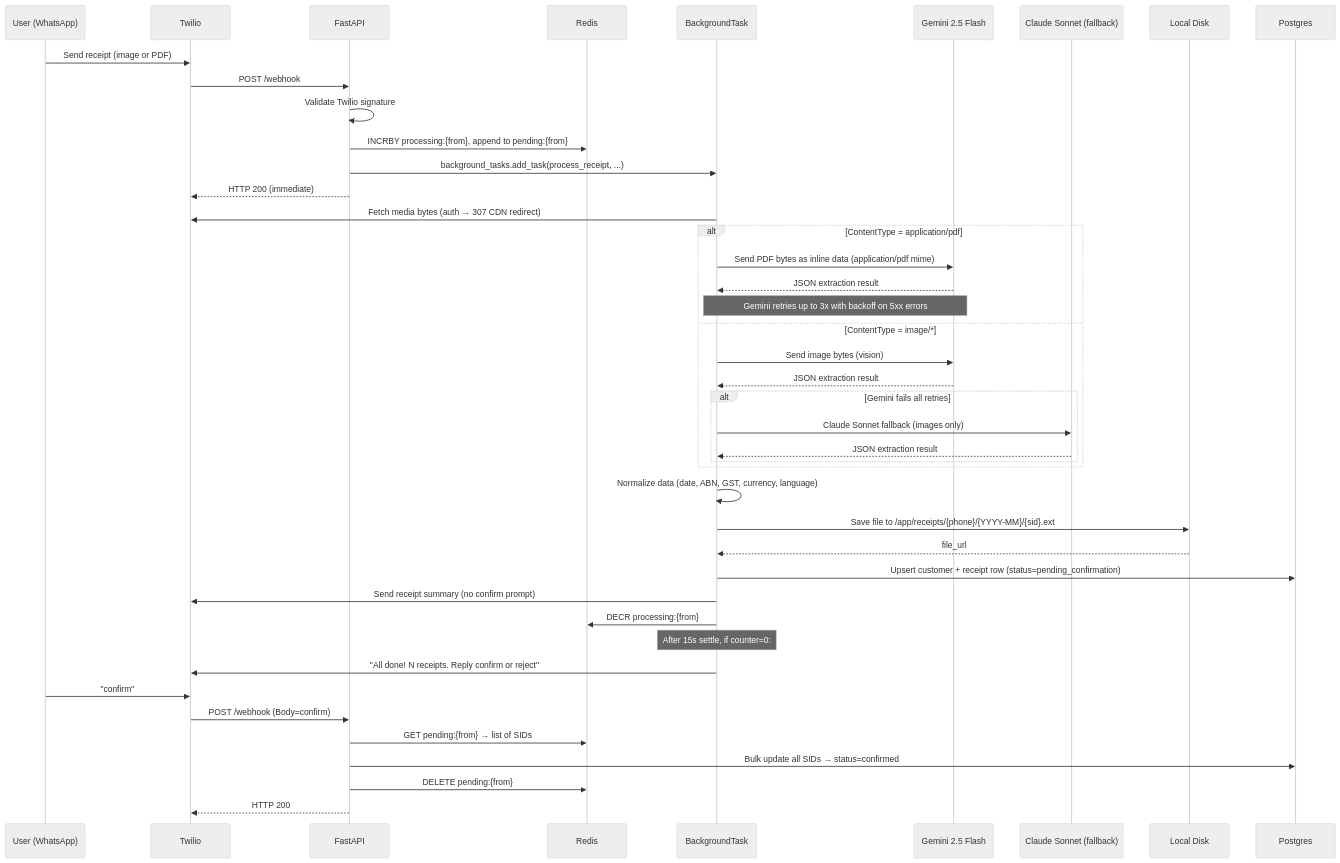
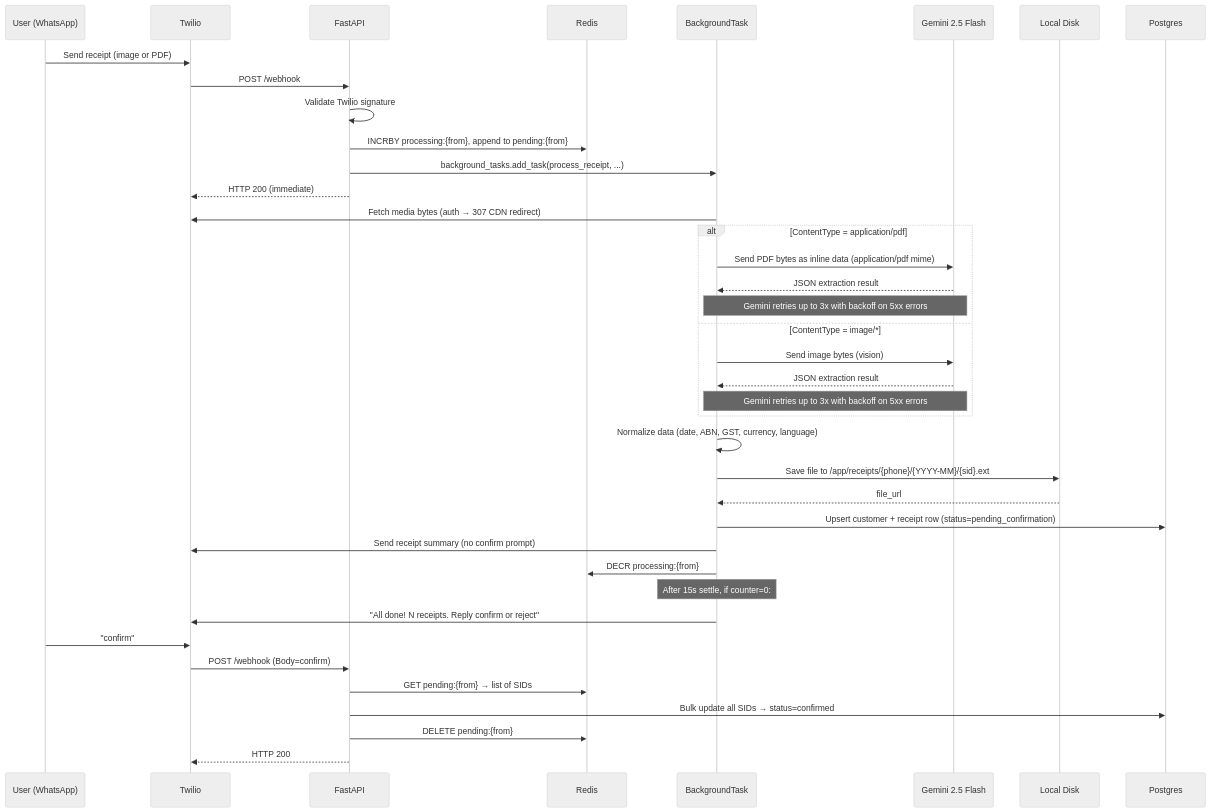
Before and after one commit to wmashal/accountant-agent: the fifth of 8 diagrams in architecture-design.md, drawn with Mermaid (neutral theme). The commit also changed other lines of this file and 4 other files, not shown here.

````diff
--- a/architecture-design.md
+++ b/architecture-design.md
@@ -138,51 +138,47 @@
 ```mermaid
 sequenceDiagram
     participant U as User (WhatsApp)
     participant T as Twilio
     participant A as FastAPI
     participant R as Redis
     participant B as BackgroundTask
     participant G as Gemini 2.5 Flash
-    participant C as Claude Sonnet (fallback)
     participant D as Local Disk
     participant P as Postgres
 
     U->>T: Send receipt (image or PDF)
     T->>A: POST /webhook
     A->>A: Validate Twilio signature
     A->>R: INCRBY processing:{from}, append to pending:{from}
     A->>B: background_tasks.add_task(process_receipt, ...)
     A-->>T: HTTP 200 (immediate)
 
     B->>T: Fetch media bytes (auth → 307 CDN redirect)
 
     alt ContentType = application/pdf
         B->>G: Send PDF bytes as inline data (application/pdf mime)
         G-->>B: JSON extraction result
         note over B,G: Gemini retries up to 3x with backoff on 5xx errors
     else ContentType = image/*
         B->>G: Send image bytes (vision)
         G-->>B: JSON extraction result
-        alt Gemini fails all retries
-            B->>C: Claude Sonnet fallback (images only)
-            C-->>B: JSON extraction result
-        end
+        note over B,G: Gemini retries up to 3x with backoff on 5xx errors
     end
 
     B->>B: Normalize data (date, ABN, GST, currency, language)
     B->>D: Save file to /app/receipts/{phone}/{YYYY-MM}/{sid}.ext
     D-->>B: file_url
     B->>P: Upsert customer + receipt row (status=pending_confirmation)
     B->>T: Send receipt summary (no confirm prompt)
     B->>R: DECR processing:{from}
 
     Note over B: After 15s settle, if counter=0:
     B->>T: "All done! N receipts. Reply confirm or reject"
 
     U->>T: "confirm"
     T->>A: POST /webhook (Body=confirm)
     A->>R: GET pending:{from} → list of SIDs
     A->>P: Bulk update all SIDs → status=confirmed
     A->>R: DELETE pending:{from}
     A-->>T: HTTP 200
 ```
````
